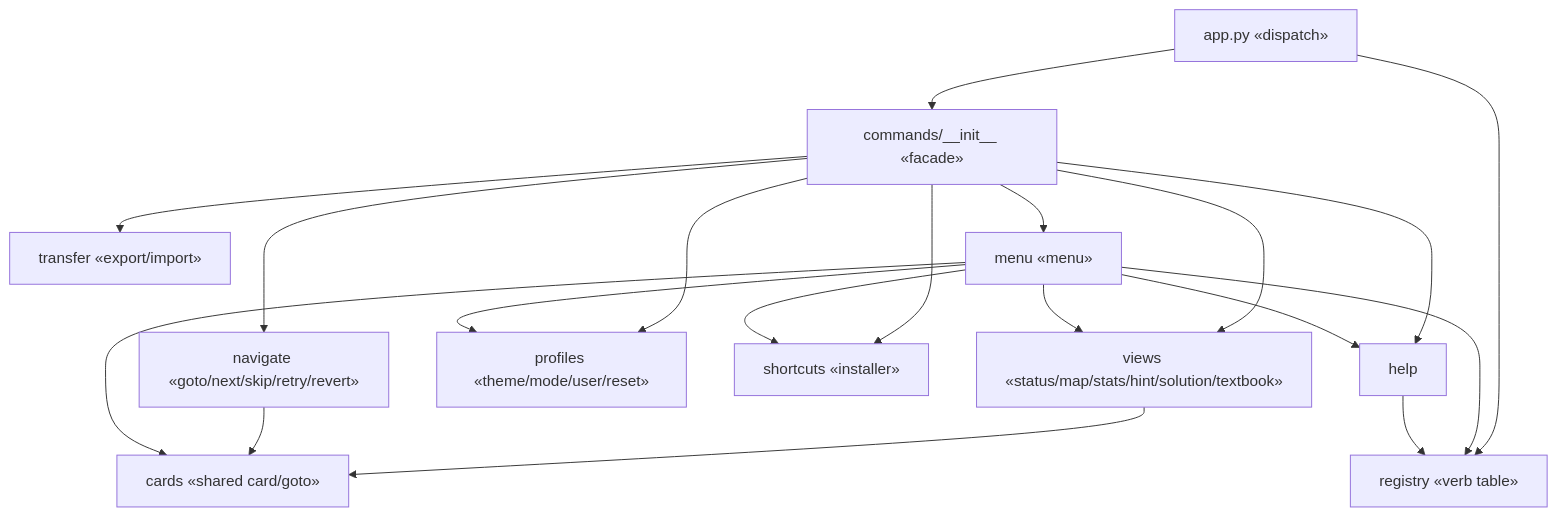
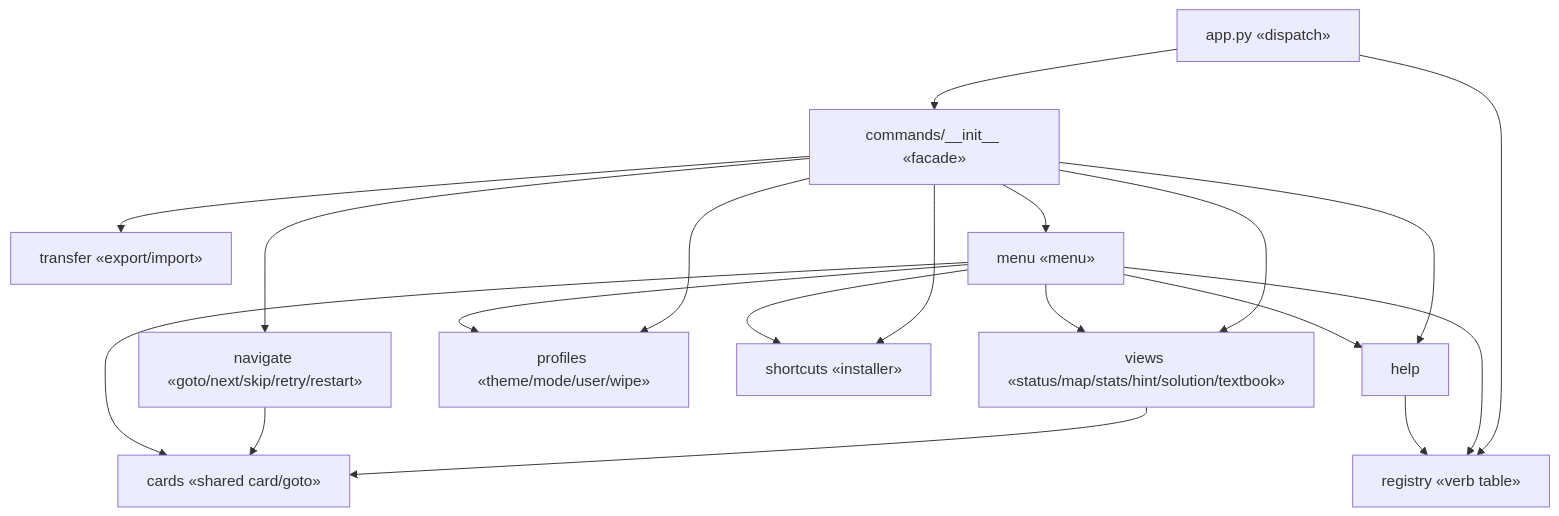
The first of 4 diagrams in docs/architecture/commands.md (N041M/PyQuest), drawn with Mermaid before and after one commit. The commit also changed other lines of this file and 15 other files, not shown here.

Commit message:
Rename revert->restart and reset->wipe profile (gated, distinct)

````diff
--- a/docs/architecture/commands.md
+++ b/docs/architecture/commands.md
@@ -8,21 +8,21 @@
 ```mermaid
 flowchart TB
     app["app.py «dispatch»"] --> registry["registry «verb table»"]
     app --> init["commands/__init__ «facade»"]
     init --> views["views «status/map/stats/hint/solution/textbook»"]
-    init --> nav["navigate «goto/next/skip/retry/revert»"]
-    init --> profiles["profiles «theme/mode/user/reset»"]
+    init --> nav["navigate «goto/next/skip/retry/restart»"]
+    init --> profiles["profiles «theme/mode/user/wipe»"]
     init --> transfer["transfer «export/import»"]
     init --> shortcuts["shortcuts «installer»"]
     init --> menu["menu «menu»"]
     init --> help["help"]
     views --> cards["cards «shared card/goto»"]
     nav --> cards
     menu --> cards
     menu --> profiles
     menu --> shortcuts
     menu --> views
     menu --> help
     menu --> registry
     help --> registry
 ```
````
